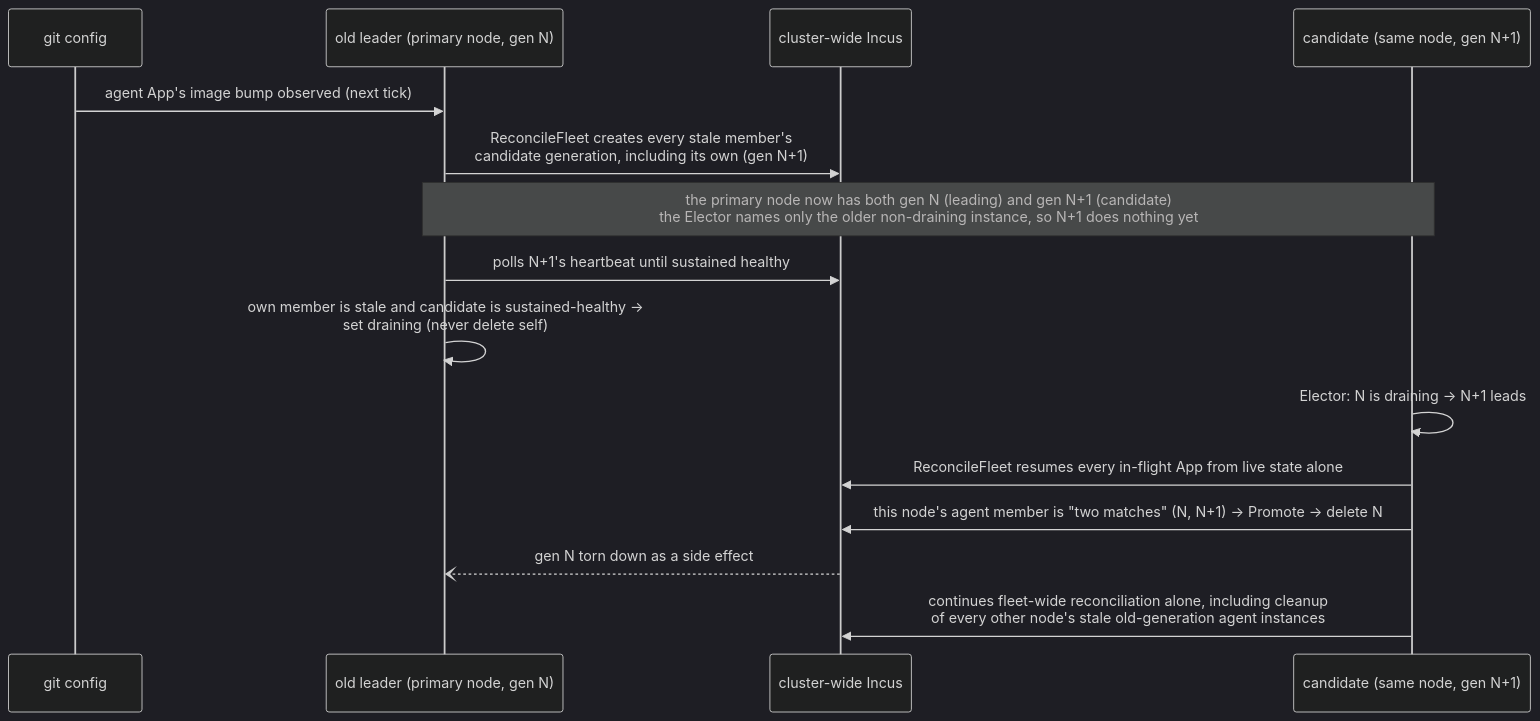
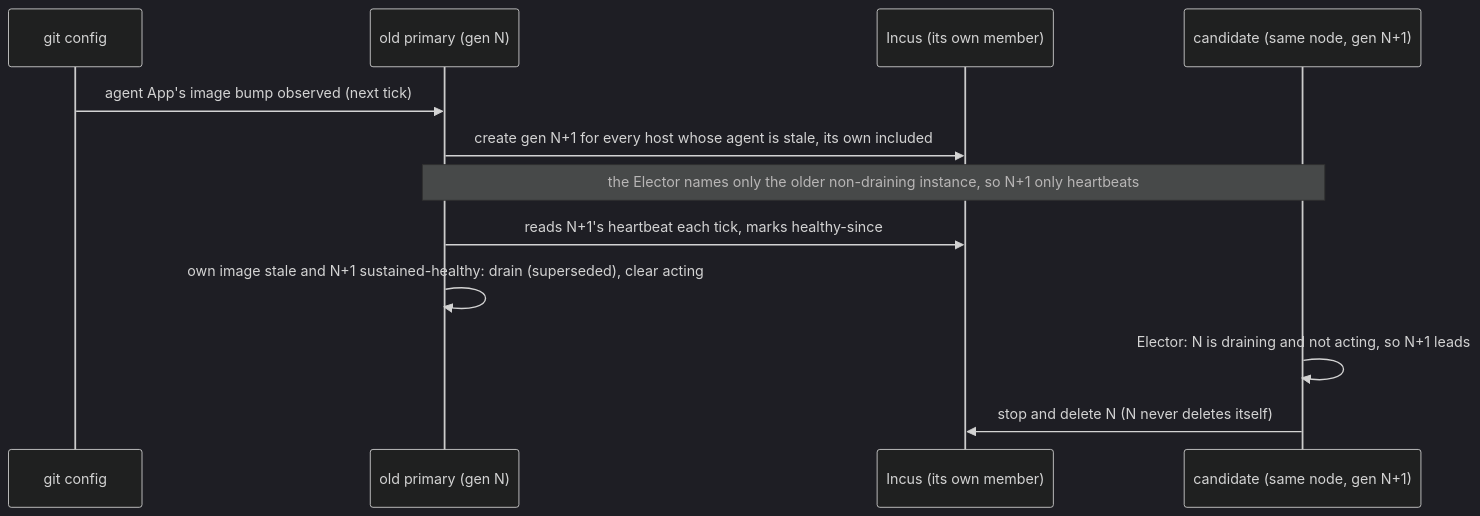
The second of 2 diagrams in docs/AppManager.md (ehharvey/homelab-ops), drawn with Mermaid (dark theme) before and after one commit. The commit also changed other lines of this file and 25 other files, not shown here.

````diff
--- a/docs/AppManager.md
+++ b/docs/AppManager.md
@@ -224,18 +238,15 @@
 ```mermaid
 sequenceDiagram
     participant Git as git config
-    participant Old as old leader (primary node, gen N)
-    participant Incus as cluster-wide Incus
+    participant Old as old primary (gen N)
+    participant Incus as Incus (its own member)
     participant New as candidate (same node, gen N+1)
 
     Git->>Old: agent App's image bump observed (next tick)
-    Old->>Incus: ReconcileFleet creates every stale member's<br/>candidate generation, including its own (gen N+1)
-    Note over Old,New: the primary node now has both gen N (leading) and gen N+1 (candidate)<br/>the Elector names only the older non-draining instance, so N+1 does nothing yet
-    Old->>Incus: polls N+1's heartbeat until sustained healthy
-    Old->>Old: own member is stale and candidate is sustained-healthy →<br/>set draining (never delete self)
-    New->>New: Elector: N is draining → N+1 leads
-    New->>Incus: ReconcileFleet resumes every in-flight App from live state alone
-    New->>Incus: this node's agent member is "two matches" (N, N+1) → Promote → delete N
-    Incus--)Old: gen N torn down as a side effect
-    New->>Incus: continues fleet-wide reconciliation alone, including cleanup<br/>of every other node's stale old-generation agent instances
+    Old->>Incus: create gen N+1 for every host whose agent is stale, its own included
+    Note over Old,New: the Elector names only the older non-draining instance, so N+1 only heartbeats
+    Old->>Incus: reads N+1's heartbeat each tick, marks healthy-since
+    Old->>Old: own image stale and N+1 sustained-healthy: drain (superseded), clear acting
+    New->>New: Elector: N is draining and not acting, so N+1 leads
+    New->>Incus: stop and delete N (N never deletes itself)
 ```
````
